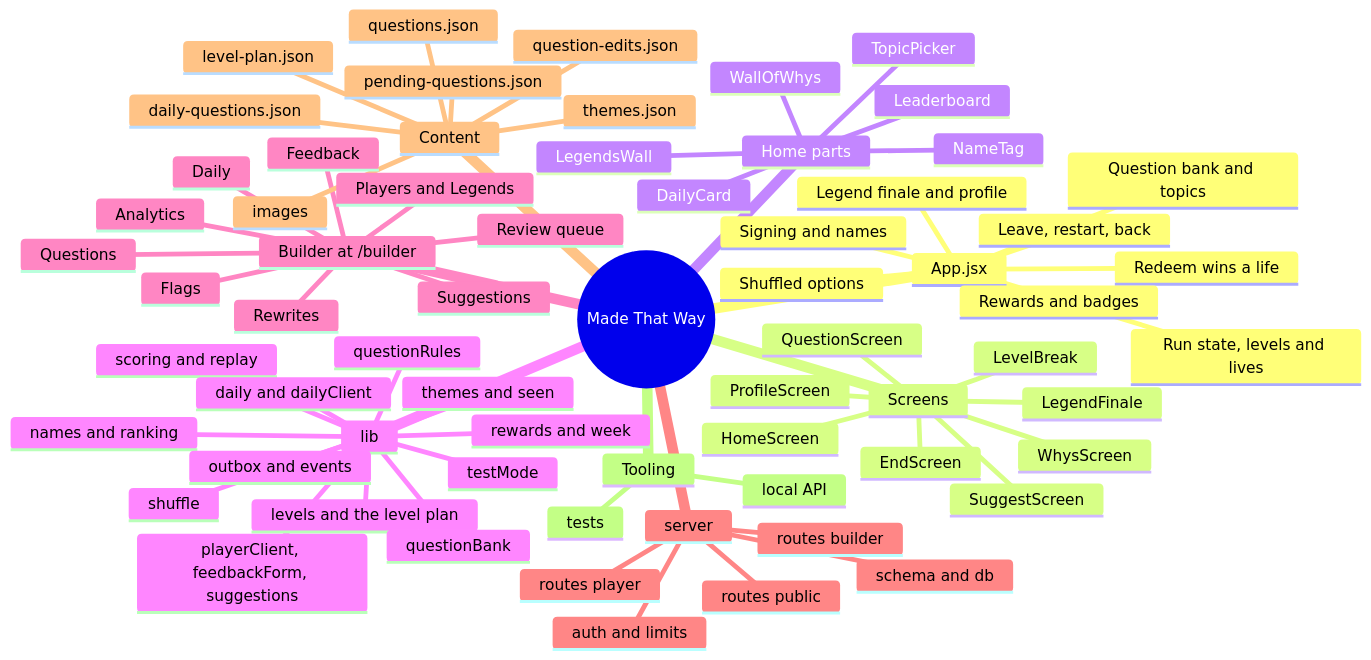
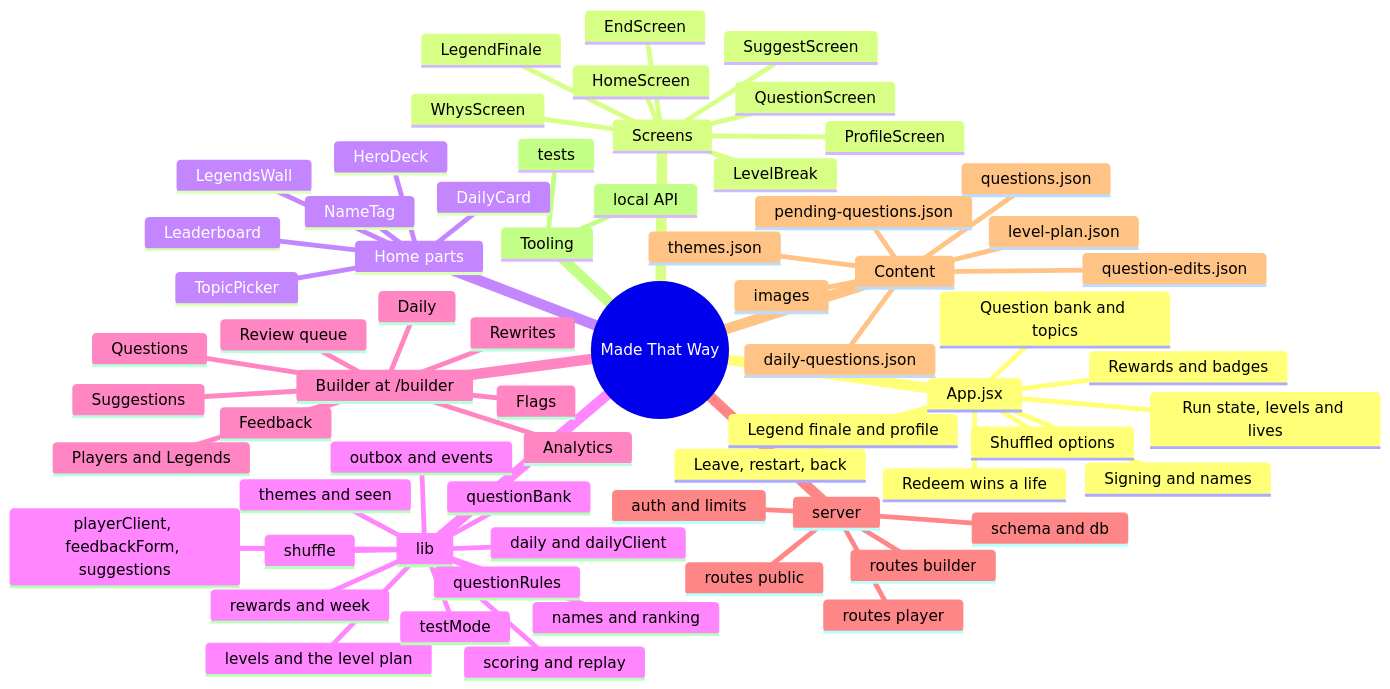
Before and after one commit to robinkuriakose/made-that-way: the diagram in docs/code-map.md, drawn with Mermaid. The commit also changed other lines of this file and 8 other files, not shown here.

First line of the commit message:
Hero deck: swipeable picture cards that flip open into their question

````diff
--- a/docs/code-map.md
+++ b/docs/code-map.md
@@ -7,69 +7,69 @@
 ```mermaid
 mindmap
   root((Made That Way))
     App.jsx
       Run state, levels and lives
       Question bank and topics
       Shuffled options
       Leave, restart, back
       Redeem wins a life
       Rewards and badges
       Signing and names
       Legend finale and profile
     Screens
       HomeScreen
       QuestionScreen
       LevelBreak
       EndScreen
       WhysScreen
       LegendFinale
       ProfileScreen
       SuggestScreen
     Home parts
       DailyCard
-      WallOfWhys
+      HeroDeck
       NameTag
       LegendsWall
       Leaderboard
       TopicPicker
     lib
       scoring and replay
       levels and the level plan
       rewards and week
       shuffle
       themes and seen
       daily and dailyClient
       names and ranking
       questionBank
       questionRules
       outbox and events
       testMode
       playerClient, feedbackForm, suggestions
     Builder at /builder
       Review queue
       Rewrites
       Questions
       Daily
       Flags
       Suggestions
       Players and Legends
       Feedback
       Analytics
     server
       routes public
       routes builder
       routes player
       schema and db
       auth and limits
     Content
       questions.json
       pending-questions.json
       daily-questions.json
       question-edits.json
       themes.json
       level-plan.json
       images
     Tooling
       local API
       tests
 ```
````
